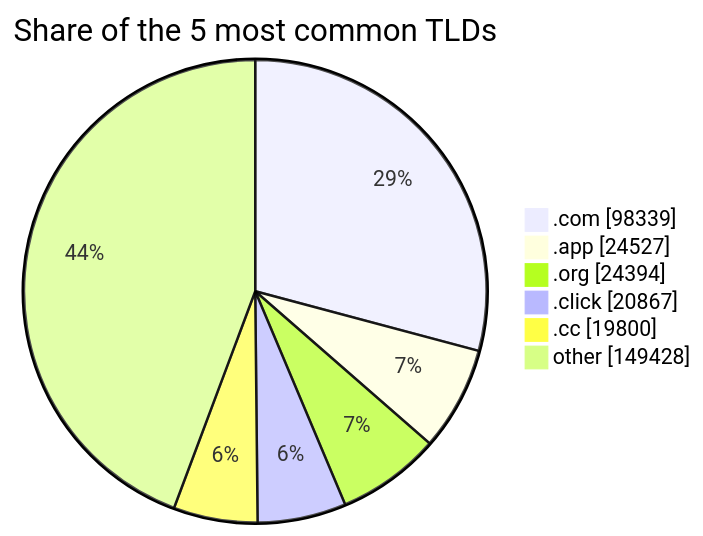
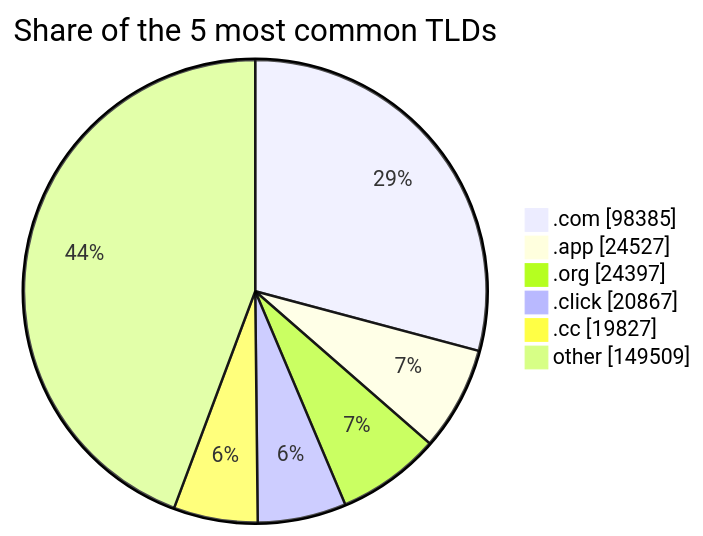
Before and after one commit to DNSBunker/CTI: the third of 3 diagrams in README.md, drawn with Mermaid. The commit also changed other lines of this file and 3 other files, not shown here.

````diff
--- a/README.md
+++ b/README.md
@@ -81,9 +81,9 @@
 ```mermaid
 pie showData title Share of the 5 most common TLDs
-    ".com" : 98339
+    ".com" : 98385
     ".app" : 24527
-    ".org" : 24394
+    ".org" : 24397
     ".click" : 20867
-    ".cc" : 19800
-    "other" : 149428
+    ".cc" : 19827
+    "other" : 149509
 ```
````
